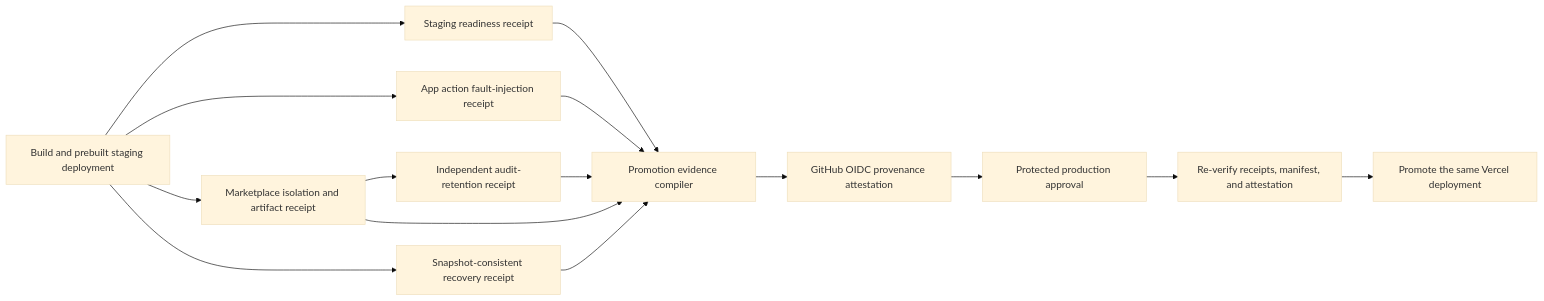
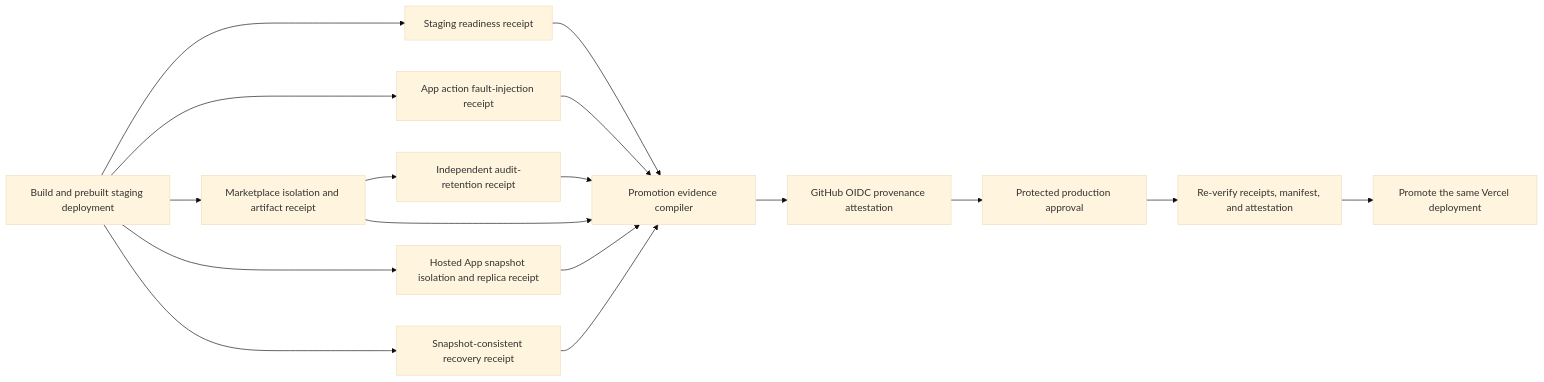
The diagram in docs/PRODUCTION-PROMOTION-EVIDENCE.md (mrrkrieg/loopgraph), drawn with Mermaid (base theme) before and after one commit. The commit also changed other lines of this file and 12 other files, not shown here.

Commit message:
Gate production on hosted App snapshots

````diff
--- a/docs/PRODUCTION-PROMOTION-EVIDENCE.md
+++ b/docs/PRODUCTION-PROMOTION-EVIDENCE.md
@@ -8,17 +8,19 @@
 ```mermaid
 flowchart LR
   V["Build and prebuilt staging deployment"] --> S["Staging readiness receipt"]
   V --> F["App action fault-injection receipt"]
   V --> M["Marketplace isolation and artifact receipt"]
+  V --> H["Hosted App snapshot isolation and replica receipt"]
   V --> R["Snapshot-consistent recovery receipt"]
   M --> A["Independent audit-retention receipt"]
   S --> E["Promotion evidence compiler"]
   F --> E
   M --> E
+  H --> E
   R --> E
   A --> E
   E --> T["GitHub OIDC provenance attestation"]
   T --> P["Protected production approval"]
   P --> X["Re-verify receipts, manifest, and attestation"]
   X --> Y["Promote the same Vercel deployment"]
 ```
````
